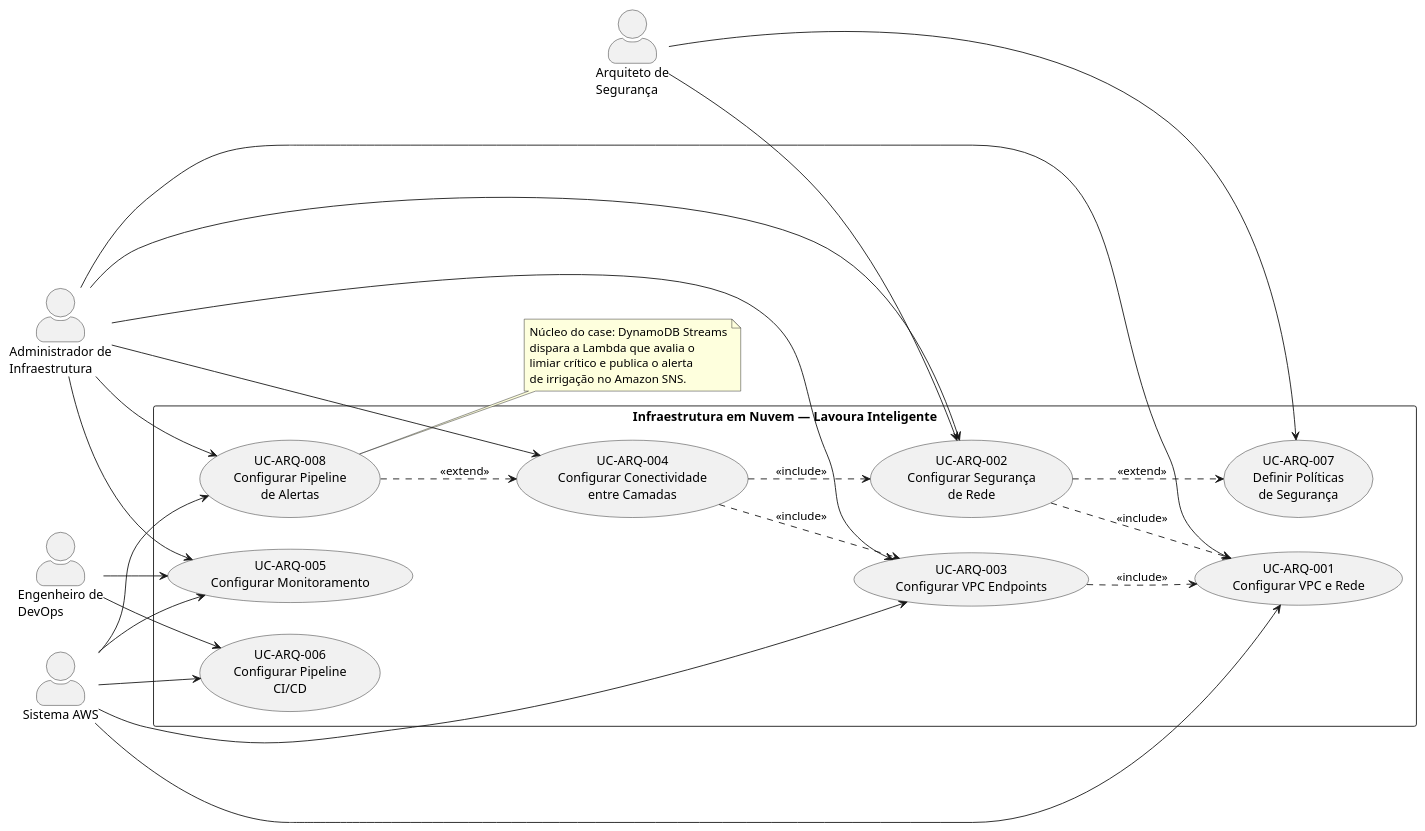
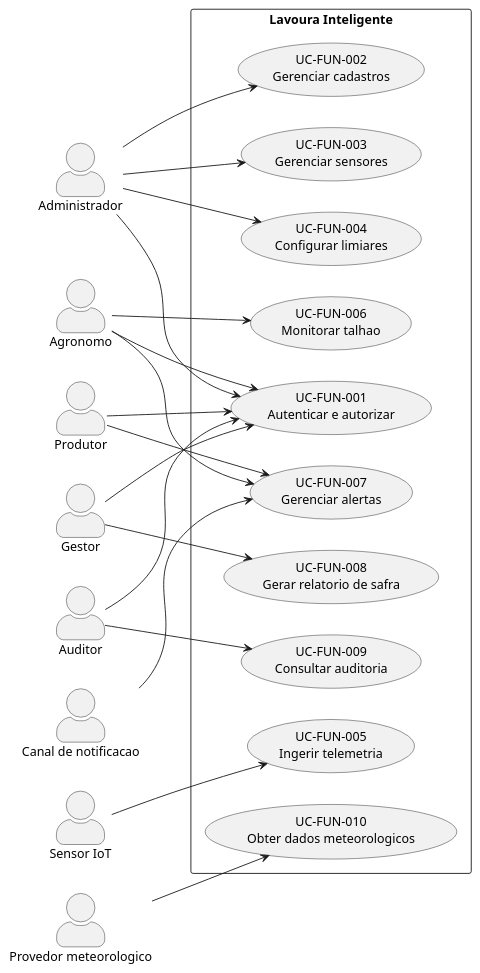
Before and after one commit to Projetos-de-Extensao/PC_ADS_26.2_8001_II: the diagram in docs/Elaboracao/casos_de_uso.md, drawn with PlantUML. The commit also changed other lines of this file and 6 other files, not shown here.

First line of the commit message:
docs(arquitetura): alinhar visão, requisitos e casos de uso

````diff
--- a/docs/Elaboracao/casos_de_uso.md
+++ b/docs/Elaboracao/casos_de_uso.md
@@ -65,56 +35,45 @@
 ```plantuml
-@startuml LavouraInteligente_CasosDeUsoArquiteturais
+@startuml LavouraInteligente_CasosDeUso
 left to right direction
 skinparam actorStyle awesome
 
-actor "Administrador de\nInfraestrutura" as Admin
-actor "Engenheiro de\nDevOps" as DevOps
-actor "Arquiteto de\nSegurança" as SecArch
-actor "Sistema AWS" as AWS
+actor Administrador as Admin
+actor Agronomo as Agro
+actor Produtor as Prod
+actor Gestor as Gest
+actor Auditor as Audit
+actor "Sensor IoT" as Sensor
+actor "Provedor meteorologico" as Meteo
+actor "Canal de notificacao" as Canal
 
-rectangle "Infraestrutura em Nuvem — Lavoura Inteligente" {
-  usecase "UC-ARQ-001\nConfigurar VPC e Rede" as UC1
-  usecase "UC-ARQ-002\nConfigurar Segurança\nde Rede" as UC2
-  usecase "UC-ARQ-003\nConfigurar VPC Endpoints" as UC3
-  usecase "UC-ARQ-004\nConfigurar Conectividade\nentre Camadas" as UC4
-  usecase "UC-ARQ-005\nConfigurar Monitoramento" as UC5
-  usecase "UC-ARQ-006\nConfigurar Pipeline\nCI/CD" as UC6
-  usecase "UC-ARQ-007\nDefinir Políticas\nde Segurança" as UC7
-  usecase "UC-ARQ-008\nConfigurar Pipeline\nde Alertas" as UC8
+rectangle "Lavoura Inteligente" {
+  usecase "UC-FUN-001\nAutenticar e autorizar" as UC1
+  usecase "UC-FUN-002\nGerenciar cadastros" as UC2
+  usecase "UC-FUN-003\nGerenciar sensores" as UC3
+  usecase "UC-FUN-004\nConfigurar limiares" as UC4
+  usecase "UC-FUN-005\nIngerir telemetria" as UC5
+  usecase "UC-FUN-006\nMonitorar talhao" as UC6
+  usecase "UC-FUN-007\nGerenciar alertas" as UC7
+  usecase "UC-FUN-008\nGerar relatorio de safra" as UC8
+  usecase "UC-FUN-009\nConsultar auditoria" as UC9
+  usecase "UC-FUN-010\nObter dados meteorologicos" as UC10
 }
 
 Admin --> UC1
 Admin --> UC2
 Admin --> UC3
 Admin --> UC4
-Admin --> UC5
-Admin --> UC8
-
-DevOps --> UC6
-DevOps --> UC5
-
-SecArch --> UC2
-SecArch --> UC7
-
-UC2 ..> UC1 : <<include>>
-UC3 ..> UC1 : <<include>>
-UC4 ..> UC2 : <<include>>
-UC4 ..> UC3 : <<include>>
-UC8 ..> UC4 : <<extend>>
-UC2 ..> UC7 : <<extend>>
-
-AWS --> UC1
-AWS --> UC3
-AWS --> UC5
-AWS --> UC6
-AWS --> UC8
-
-note right of UC8
-  Núcleo do case: DynamoDB Streams
-  dispara a Lambda que avalia o
-  limiar crítico e publica o alerta
-  de irrigação no Amazon SNS.
-end note
-
+Agro --> UC1
+Agro --> UC6
+Agro --> UC7
+Prod --> UC1
+Prod --> UC7
+Gest --> UC1
+Gest --> UC8
+Audit --> UC1
+Audit --> UC9
+Sensor --> UC5
+Meteo --> UC10
+Canal --> UC7
 @enduml
 ```
````
